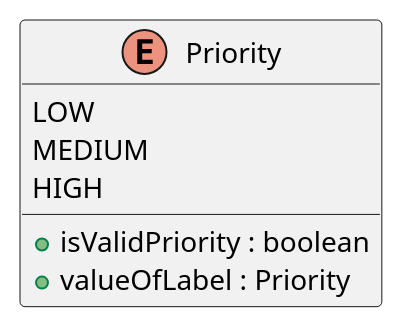
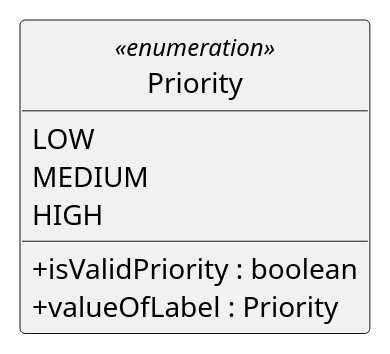
The diagram in docs/diagrams/PriorityDiagram.puml (sbhbenjamin/tp), drawn with PlantUML before and after one commit. The commit also changed 1 other file, not shown here.

Commit message:
Fix UML class diagram format

```diff
--- a/docs/diagrams/PriorityDiagram.puml
+++ b/docs/diagrams/PriorityDiagram.puml
@@ -1,10 +1,12 @@
 @startuml
-enum Priority {
+skinparam classAttributeIconSize 0
+enum Priority <<enumeration>> {
     LOW
     MEDIUM
     HIGH
 
     + {method} isValidPriority : boolean
     + {method} valueOfLabel : Priority
 }
+hide Priority circle
 @enduml
```
